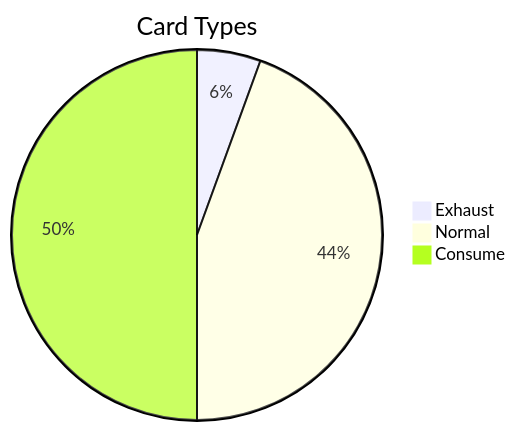
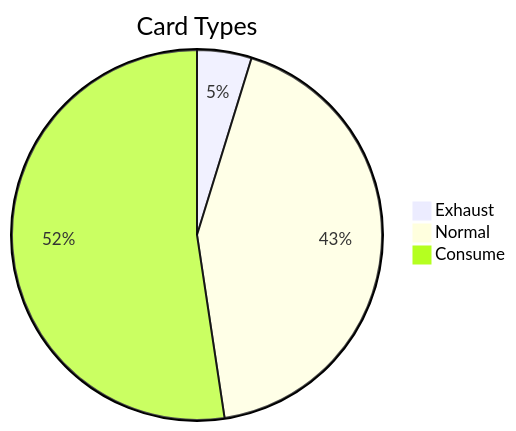
The second of 2 diagrams in docs/GAME_CONTENT_DOCS.md (BigJk/end_of_eden), drawn with Mermaid before and after one commit. The commit also changed other lines of this file, not shown here.

````diff
--- a/docs/GAME_CONTENT_DOCS.md
+++ b/docs/GAME_CONTENT_DOCS.md
@@ -74,7 +78,7 @@
 ```mermaid
 pie
 title Card Types
 "Exhaust" : 1
-"Normal" : 8
-"Consume" : 9
+"Normal" : 9
+"Consume" : 11
 ```
````
